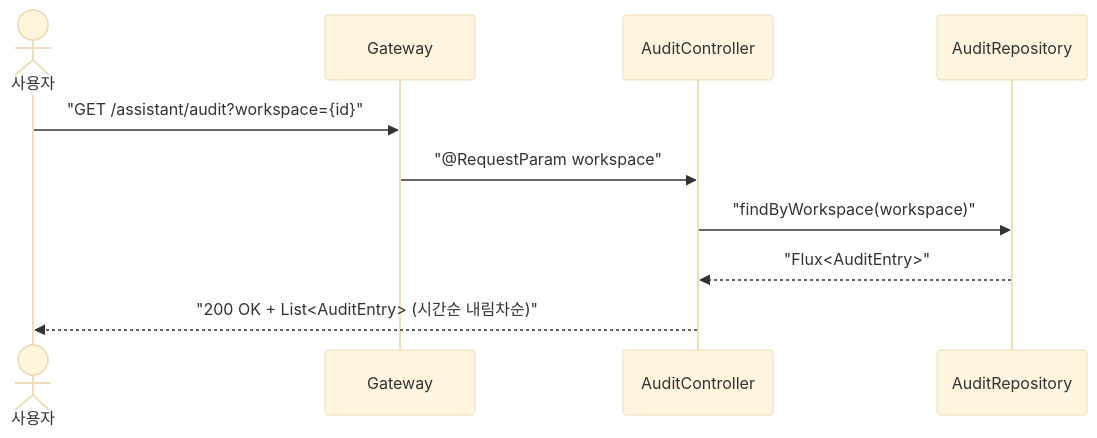
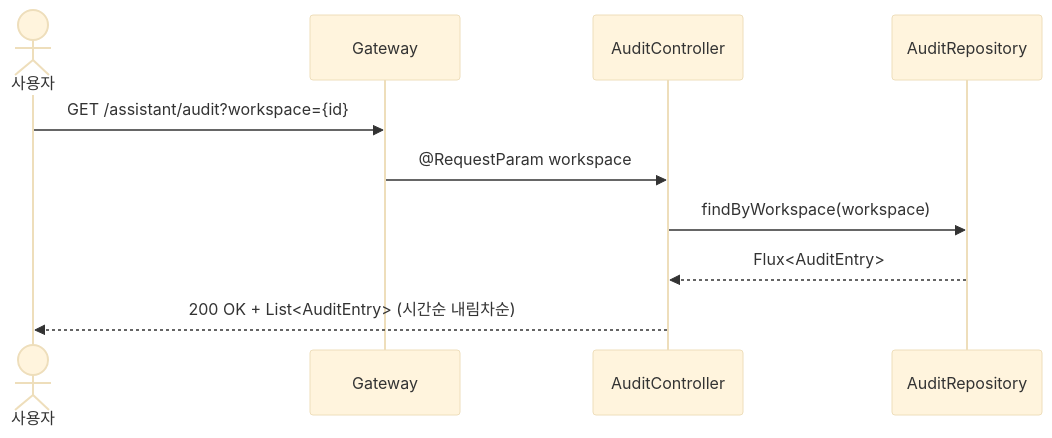
One commit to sayaya1090/handbook changed the sixth of 13 diagrams in assistant/USECASE.md. Above: the diagram before and after it, drawn with Mermaid (base theme). The commit also changed other lines of this file and 58 other files, not shown here.

````diff
--- a/assistant/USECASE.md
+++ b/assistant/USECASE.md
@@ -209,13 +209,13 @@
 ```mermaid
 sequenceDiagram
     actor User as 사용자
     participant GW as Gateway
     participant Ctrl as AuditController
     participant Repo as AuditRepository
 
-    User->>GW: "GET /assistant/audit?workspace={id}"
-    GW->>Ctrl: "@RequestParam workspace"
-    Ctrl->>Repo: "findByWorkspace(workspace)"
-    Repo-->>Ctrl: "Flux<AuditEntry>"
-    Ctrl-->>User: "200 OK + List<AuditEntry> (시간순 내림차순)"
+    User->>GW: GET /assistant/audit?workspace={id}
+    GW->>Ctrl: @RequestParam workspace
+    Ctrl->>Repo: findByWorkspace(workspace)
+    Repo-->>Ctrl: Flux<AuditEntry>
+    Ctrl-->>User: 200 OK + List<AuditEntry> (시간순 내림차순)
 ```
````
